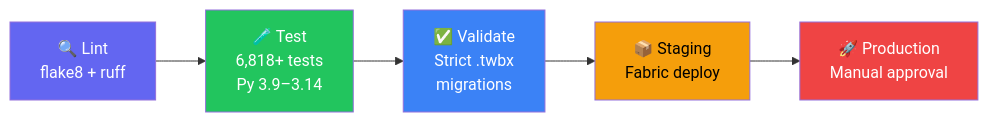
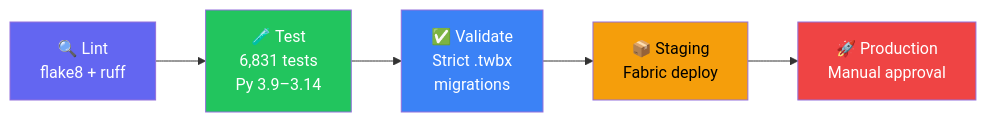
One commit to cyphou/Tableau-To-PowerBI changed the fourth of 4 diagrams in README.md. Above: the diagram before and after it, drawn with Mermaid. The commit also changed other lines of this file and 12 other files, not shown here.

````diff
--- a/README.md
+++ b/README.md
@@ -722,13 +722,13 @@
 ```mermaid
 flowchart LR
-    L["🔍 Lint\nflake8 + ruff"] --> T["🧪 Test\n6,818+ tests\nPy 3.9–3.14"]
+    L["🔍 Lint\nflake8 + ruff"] --> T["🧪 Test\n6,831 tests\nPy 3.9–3.14"]
     T --> V["✅ Validate\nStrict .twbx\nmigrations"]
     V --> S["📦 Staging\nFabric deploy"]
     S --> P["🚀 Production\nManual approval"]
     
     style L fill:#6366f1,color:#fff
     style T fill:#22c55e,color:#fff
     style V fill:#3b82f6,color:#fff
     style S fill:#f59e0b,color:#000
     style P fill:#ef4444,color:#fff
 ```
````
